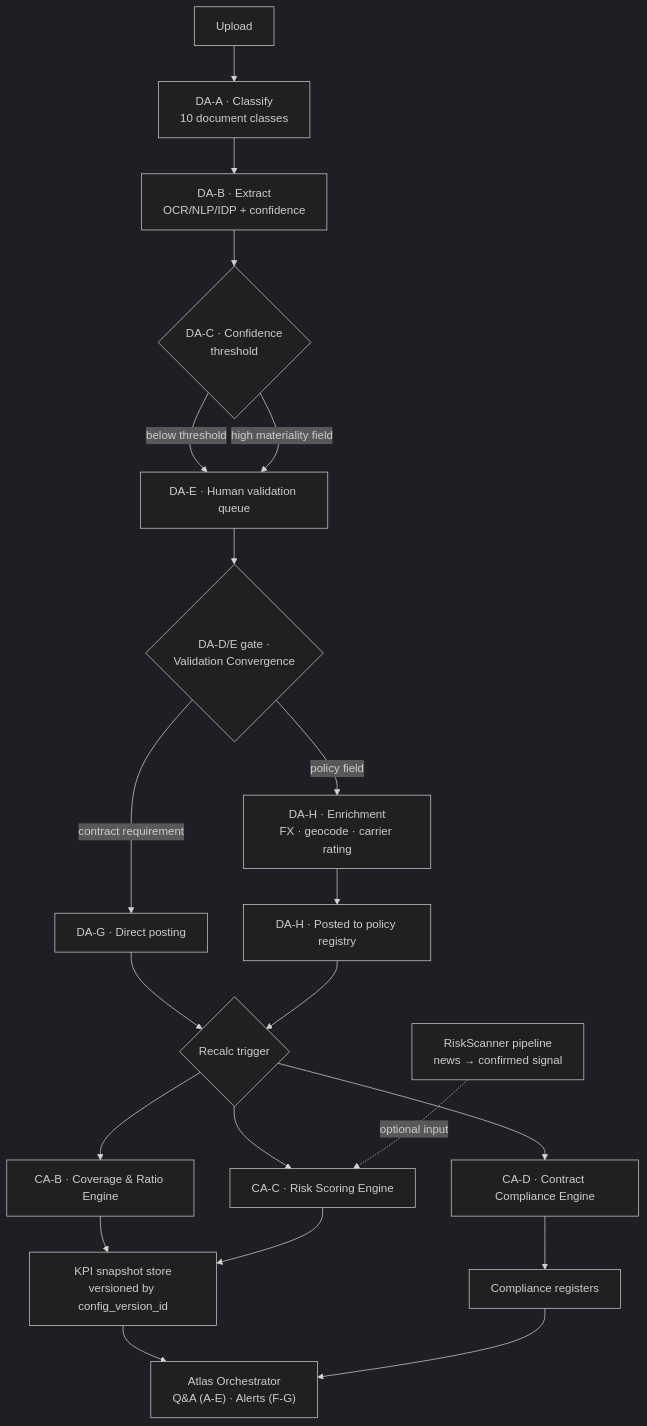
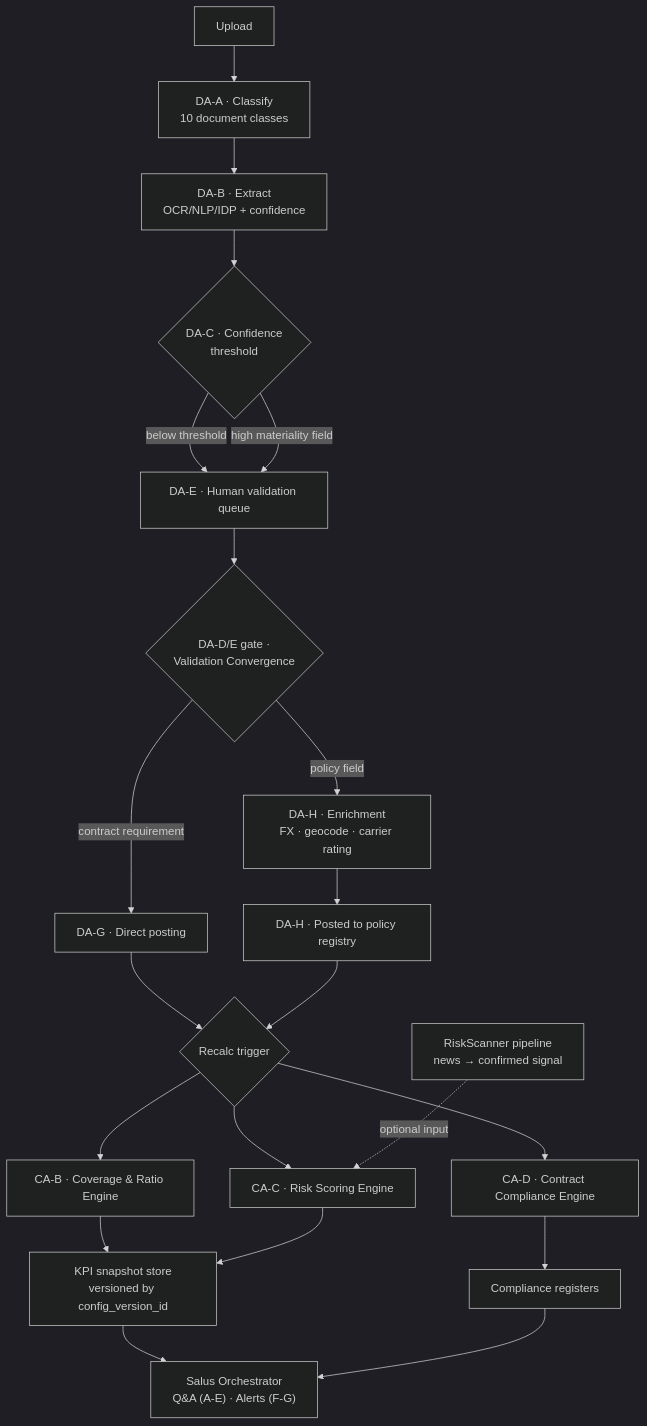
Before and after one commit to dayltan-sudo/risk-compliance: the fourth of 6 diagrams in README.md, drawn with Mermaid (dark theme). The commit also changed other lines of this file and 104 other files, not shown here.

First line of the commit message:
Rename codenames: Sentinel -> Census, Atlas -> Salus, add Fiscus for credit-assessment

````diff
--- a/README.md
+++ b/README.md
@@ -132,23 +132,23 @@
 ```mermaid
 flowchart TD
     U[Upload] --> A1["DA-A · Classify<br/>10 document classes"]
     A1 --> A2["DA-B · Extract<br/>OCR/NLP/IDP + confidence"]
     A2 --> A3{"DA-C · Confidence<br/>threshold"}
     A3 -->|below threshold| A4["DA-E · Human validation queue"]
     A3 -->|high materiality field| A4
     A4 --> A5{"DA-D/E gate ·<br/>Validation Convergence"}
     A5 -->|contract requirement| A6["DA-G · Direct posting"]
     A5 -->|policy field| A7["DA-H · Enrichment<br/>FX · geocode · carrier rating"]
     A7 --> A8["DA-H · Posted to policy registry"]
     A6 --> C1
     A8 --> C1{Recalc trigger}
     C1 --> C2["CA-B · Coverage & Ratio Engine"]
     C1 --> C3["CA-C · Risk Scoring Engine"]
     C1 --> C4["CA-D · Contract Compliance Engine"]
     C2 --> S[KPI snapshot store<br/>versioned by config_version_id]
     C3 --> S
     C4 --> R[Compliance registers]
-    S --> O["Atlas Orchestrator<br/>Q&A (A-E) · Alerts (F-G)"]
+    S --> O["Salus Orchestrator<br/>Q&A (A-E) · Alerts (F-G)"]
     R --> O
     N["RiskScanner pipeline<br/>news → confirmed signal"] -.optional input.-> C3
 ```
````
